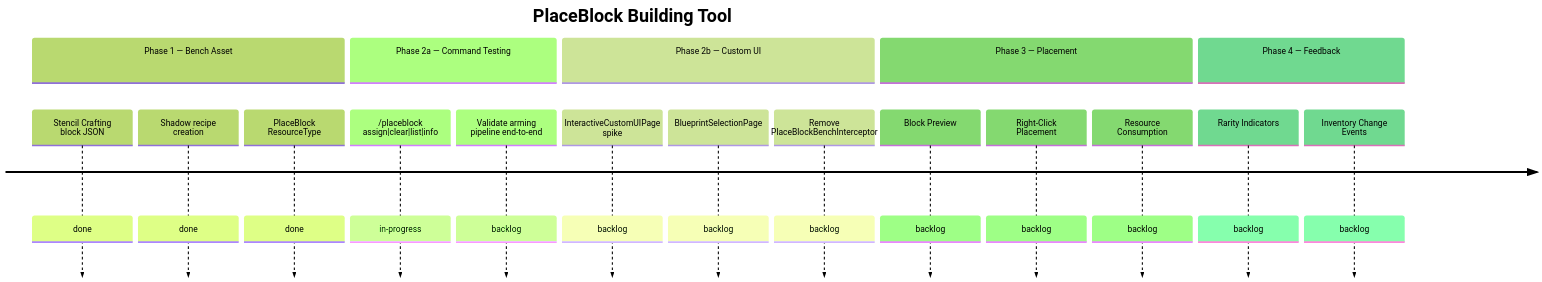
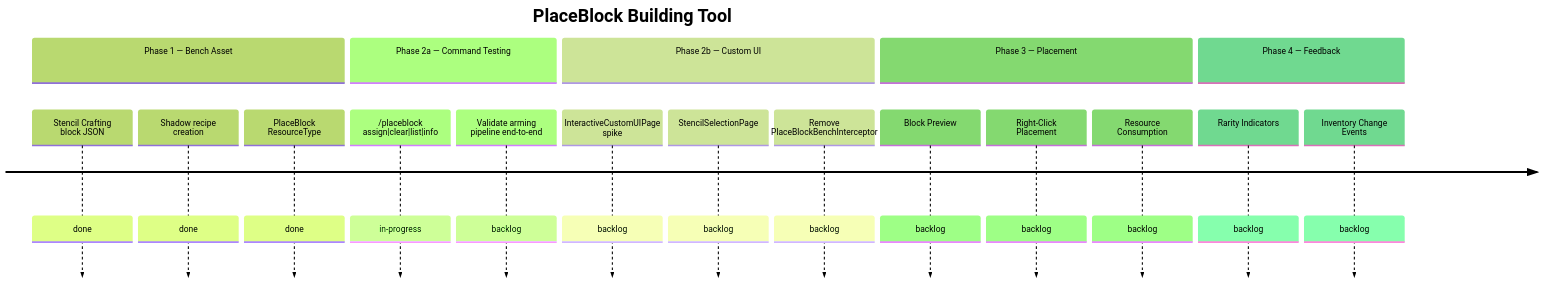
The diagram in docs/backlog/E2604221030_PlaceBlock-Building-Tool/E2604221030_PlaceBlock-Building-Tool.md (TheCodeCreature/Hytale-Example-Plugin), drawn with Mermaid (forest theme) before and after one commit. The commit also changed 289 other files, not shown here.

````diff
--- a/docs/backlog/E2604221030_PlaceBlock-Building-Tool/E2604221030_PlaceBlock-Building-Tool.md
+++ b/docs/backlog/E2604221030_PlaceBlock-Building-Tool/E2604221030_PlaceBlock-Building-Tool.md
@@ -63,22 +63,22 @@
 ```mermaid
 timeline
     title PlaceBlock Building Tool
     section Phase 1 — Bench Asset
         Stencil Crafting block JSON : done
         Shadow recipe creation : done
         PlaceBlock ResourceType : done
     section Phase 2a — Command Testing
         /placeblock assign|clear|list|info : in-progress
         Validate arming pipeline end-to-end : backlog
     section Phase 2b — Custom UI
         InteractiveCustomUIPage spike : backlog
-        BlueprintSelectionPage : backlog
+        StencilSelectionPage : backlog
         Remove PlaceBlockBenchInterceptor : backlog
     section Phase 3 — Placement
         Block Preview : backlog
         Right-Click Placement : backlog
         Resource Consumption : backlog
     section Phase 4 — Feedback
         Rarity Indicators : backlog
         Inventory Change Events : backlog
 ```
````
